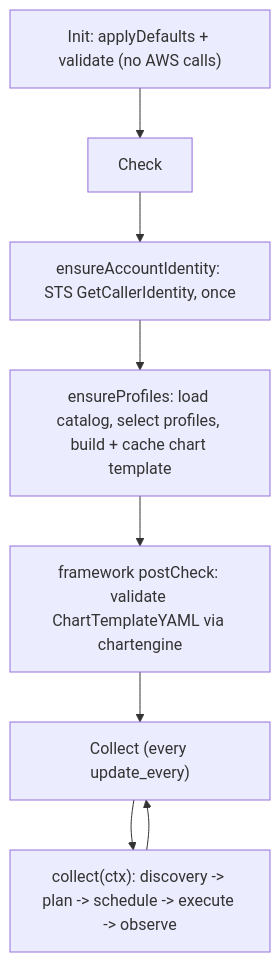
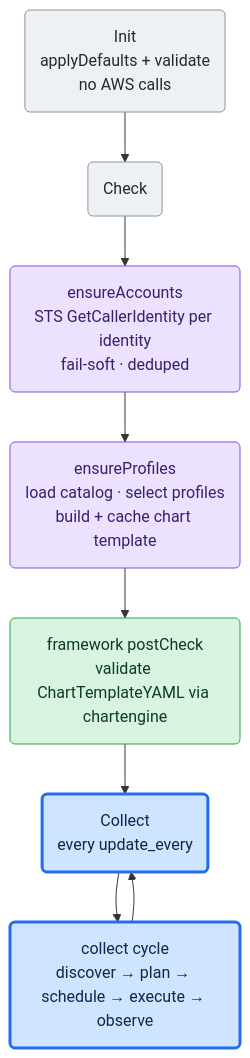
Before and after one commit to netdata/netdata: the second of 3 diagrams in src/go/plugin/go.d/collector/cloudwatch/ARCHITECTURE.md, drawn with Mermaid. The commit also changed other lines of this file and 33 other files, not shown here.

````diff
--- a/src/go/plugin/go.d/collector/cloudwatch/ARCHITECTURE.md
+++ b/src/go/plugin/go.d/collector/cloudwatch/ARCHITECTURE.md
@@ -38,14 +75,24 @@
 ```mermaid
 flowchart TD
-    Init["Init: applyDefaults + validate (no AWS calls)"]
-    Check["Check"]
-    STS["ensureAccountIdentity: STS GetCallerIdentity, once"]
-    Profiles["ensureProfiles: load catalog, select profiles, build + cache chart template"]
-    Post["framework postCheck: validate ChartTemplateYAML via chartengine"]
-    Collect["Collect (every update_every)"]
-    Cycle["collect(ctx): discovery -> plan -> schedule -> execute -> observe"]
+    Init("Init<br/>applyDefaults + validate<br/>no AWS calls")
+    Check("Check")
+    Accounts("ensureAccounts<br/>STS GetCallerIdentity per identity<br/>fail-soft · deduped")
+    Profiles("ensureProfiles<br/>load catalog · select profiles<br/>build + cache chart template")
+    Post("framework postCheck<br/>validate ChartTemplateYAML via chartengine")
+    Collect("Collect<br/>every update_every")
+    Cycle("collect cycle<br/>discover → plan → schedule → execute → observe")
 
     Init --> Check
-    Check --> STS --> Profiles --> Post
+    Check --> Accounts --> Profiles --> Post
     Post --> Collect --> Cycle --> Collect
+
+    classDef input fill:#eef1f4,stroke:#8b949e,color:#24292f;
+    classDef sched fill:#ece2ff,stroke:#8250df,color:#3b1f6b;
+    classDef commit fill:#d8f3e0,stroke:#2da44e,color:#0b3d1f;
+    classDef core fill:#cfe4ff,stroke:#1f6feb,stroke-width:3px,color:#0b2948;
+
+    class Init,Check input
+    class Accounts,Profiles sched
+    class Post commit
+    class Collect,Cycle core
 ```
````
